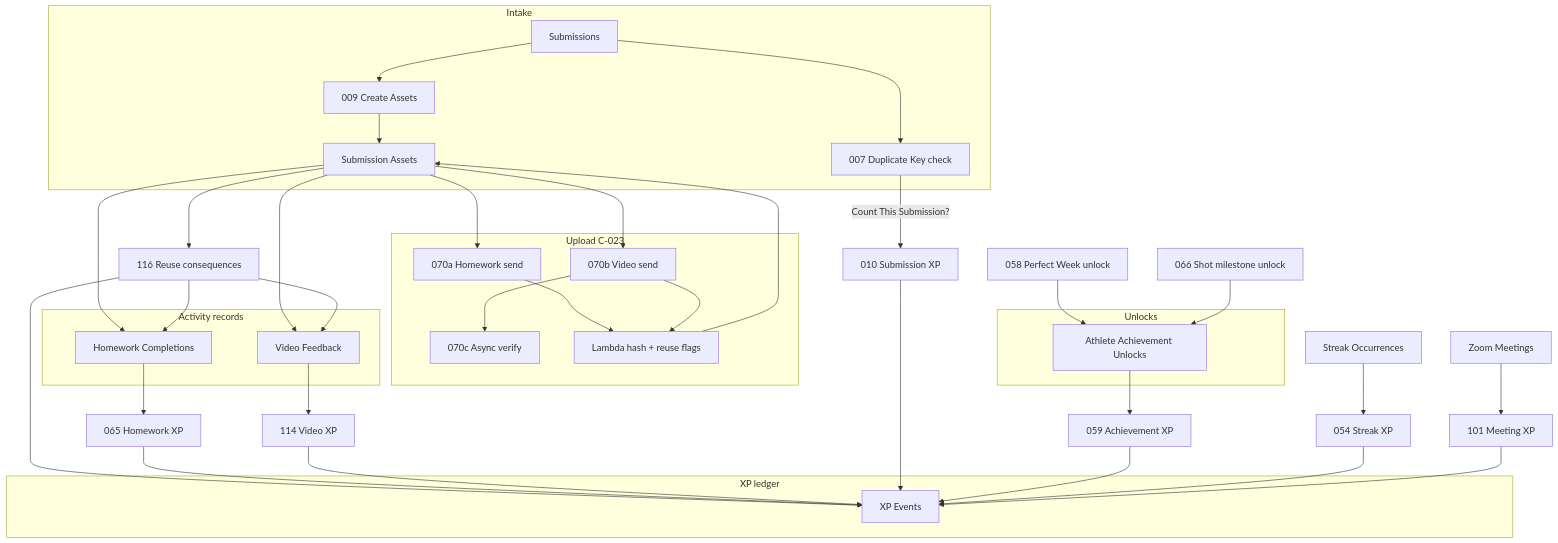
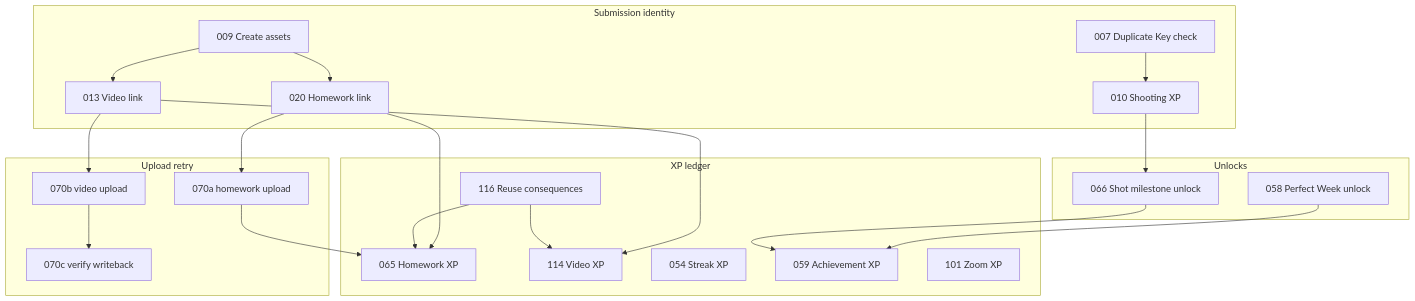
One commit to Schmidt127/127-si-shooting-challenge changed the diagram in docs/deploy-checklists/C-024-dedupe-field-inventory-stage2.md. Above: the diagram before and after it, drawn with Mermaid. The commit also changed other lines of this file and 1 other file, not shown here.

````diff
--- a/docs/deploy-checklists/C-024-dedupe-field-inventory-stage2.md
+++ b/docs/deploy-checklists/C-024-dedupe-field-inventory-stage2.md
@@ -192,58 +182,42 @@
 ```mermaid
 flowchart TD
-  subgraph intake [Intake]
-    S[Submissions]
-    A007[007 Duplicate Key check]
-    A009[009 Create Assets]
-    SA[Submission Assets]
+  subgraph L1 [Submission identity]
+    S007[007 Duplicate Key check]
+    S009[009 Create assets]
+    S010[010 Shooting XP]
+    S007 --> S010
+    S009 --> S020[020 Homework link]
+    S009 --> S013[013 Video link]
   end
 
-  subgraph upload [Upload C-023]
-    A070a[070a Homework send]
-    A070b[070b Video send]
-    A070c[070c Async verify]
-    Lambda[Lambda hash + reuse flags]
+  subgraph L2c [Upload retry]
+    S070a[070a homework upload]
+    S070b[070b video upload]
+    S070c[070c verify writeback]
+    S020 --> S070a
+    S013 --> S070b
+    S070b --> S070c
   end
 
-  subgraph activity [Activity records]
-    HC[Homework Completions]
-    VF[Video Feedback]
+  subgraph L3 [XP ledger]
+    S065[065 Homework XP]
+    S114[114 Video XP]
+    S054[054 Streak XP]
+    S059[059 Achievement XP]
+    S101[101 Zoom XP]
+    S116[116 Reuse consequences]
+    S020 --> S065
+    S013 --> S114
+    S070a --> S065
+    S116 --> S065
+    S116 --> S114
   end
 
-  subgraph xp [XP ledger]
-    XE[XP Events]
+  subgraph L4 [Unlocks]
+    S058[058 Perfect Week unlock]
+    S066[066 Shot milestone unlock]
+    S058 --> S059
+    S066 --> S059
+    S010 --> S066
   end
-
-  subgraph unlocks [Unlocks]
-    AU[Athlete Achievement Unlocks]
-  end
-
-  S --> A007
-  A007 -->|Count This Submission?| A010[010 Submission XP]
-  S --> A009 --> SA
-  SA --> A070a
-  SA --> A070b
-  A070a --> Lambda
-  A070b --> Lambda
-  Lambda --> SA
-  A070b --> A070c
-  SA --> HC
-  SA --> VF
-  SA --> A116[116 Reuse consequences]
-  A116 --> XE
-  A116 --> HC
-  A116 --> VF
-  HC --> A065[065 Homework XP]
-  VF --> A114[114 Video XP]
-  A065 --> XE
-  A114 --> XE
-  A010 --> XE
-  A058[058 Perfect Week unlock] --> AU
-  A066[066 Shot milestone unlock] --> AU
-  AU --> A059[059 Achievement XP]
-  A059 --> XE
-  SO[Streak Occurrences] --> A054[054 Streak XP]
-  A054 --> XE
-  ZM[Zoom Meetings] --> A101[101 Meeting XP]
-  A101 --> XE
 ```
````
